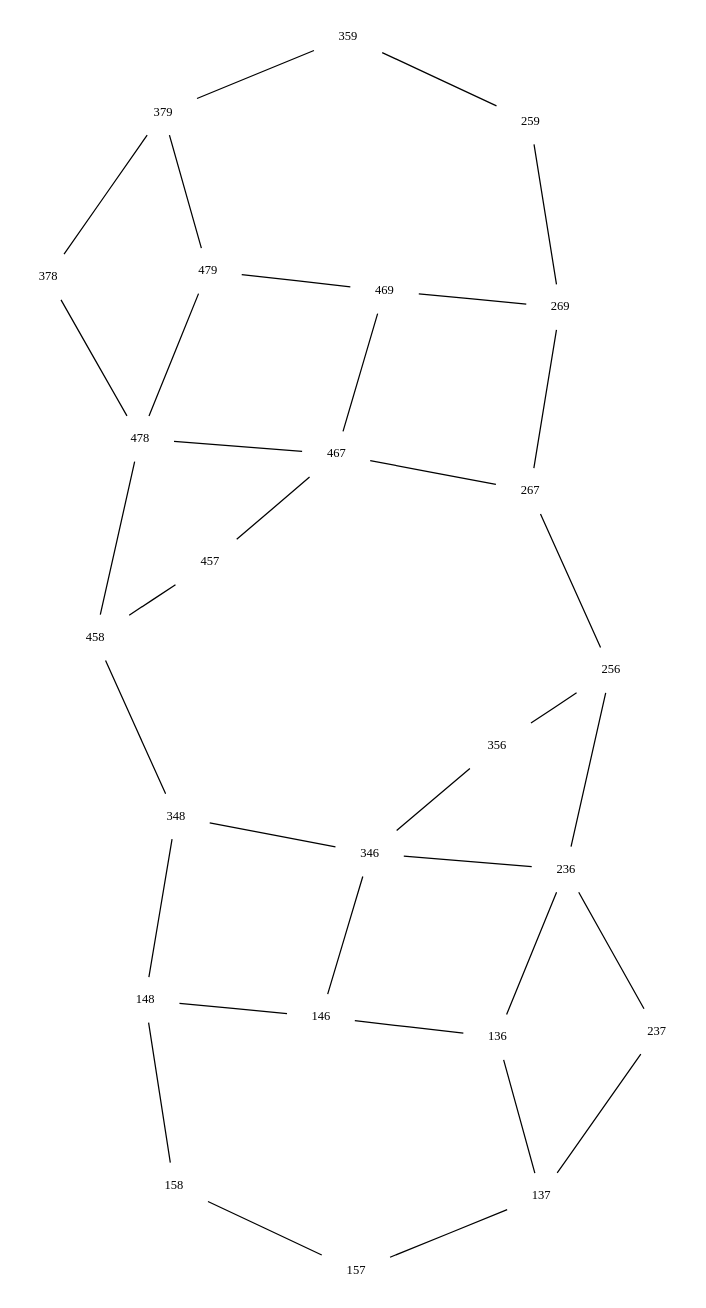
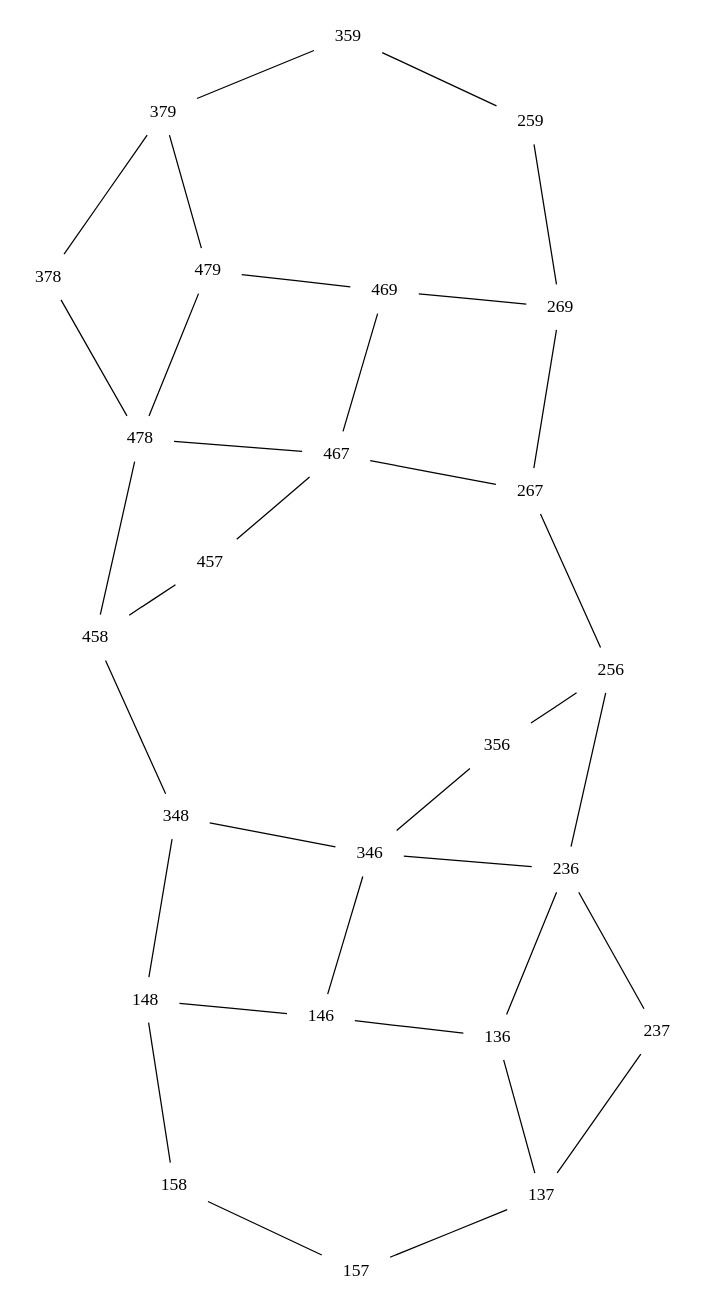
One commit to rd--/hmt changed the diagram in data/dot/tj/oh/tj_oh_p148.4.dot. Above: the diagram before and after it, drawn with Graphviz. The commit also changed 34 other files, not shown here.

```diff
--- a/data/dot/tj/oh/tj_oh_p148.4.dot
+++ b/data/dot/tj/oh/tj_oh_p148.4.dot
@@ -1,64 +1,64 @@
 graph
  g {
-edge [len=1.75];
-graph [layout=neato,epsilon=0.000001];
-node [shape=plaintext,fontsize=10,fontname="century schoolbook"];
-0 [label="136"];
-1 [label="137"];
-2 [label="146"];
-3 [label="236"];
-4 [label="157"];
-5 [label="237"];
-6 [label="148"];
-7 [label="346"];
-8 [label="158"];
-9 [label="348"];
-10 [label="256"];
-11 [label="267"];
-12 [label="356"];
-13 [label="259"];
-14 [label="269"];
-15 [label="359"];
-16 [label="467"];
-17 [label="469"];
-18 [label="458"];
-19 [label="379"];
-20 [label="378"];
-21 [label="478"];
-22 [label="479"];
-23 [label="457"];
+edge [len=1.75]
+graph [layout=neato,epsilon=0.000001,fontsize=10,fontname="century schoolbook"]
+node [shape=plaintext]
+0 [label=136];
+1 [label=137];
+2 [label=146];
+3 [label=236];
+4 [label=157];
+5 [label=237];
+6 [label=148];
+7 [label=346];
+8 [label=158];
+9 [label=348];
+10 [label=256];
+11 [label=267];
+12 [label=356];
+13 [label=259];
+14 [label=269];
+15 [label=359];
+16 [label=467];
+17 [label=469];
+18 [label=458];
+19 [label=379];
+20 [label=378];
+21 [label=478];
+22 [label=479];
+23 [label=457];
 0 -- 1;
 0 -- 2;
 0 -- 3;
 1 -- 4;
 1 -- 5;
 2 -- 6;
 2 -- 7;
 3 -- 5;
 3 -- 7;
 3 -- 10;
 4 -- 8;
 6 -- 8;
 6 -- 9;
 7 -- 9;
 7 -- 12;
 9 -- 18;
 10 -- 11;
 10 -- 12;
 11 -- 14;
 11 -- 16;
 13 -- 14;
 13 -- 15;
 14 -- 17;
 15 -- 19;
 16 -- 17;
 16 -- 21;
 17 -- 22;
 18 -- 21;
 19 -- 22;
 20 -- 19;
 20 -- 21;
 21 -- 22;
 23 -- 16;
 23 -- 18;
 }
```
